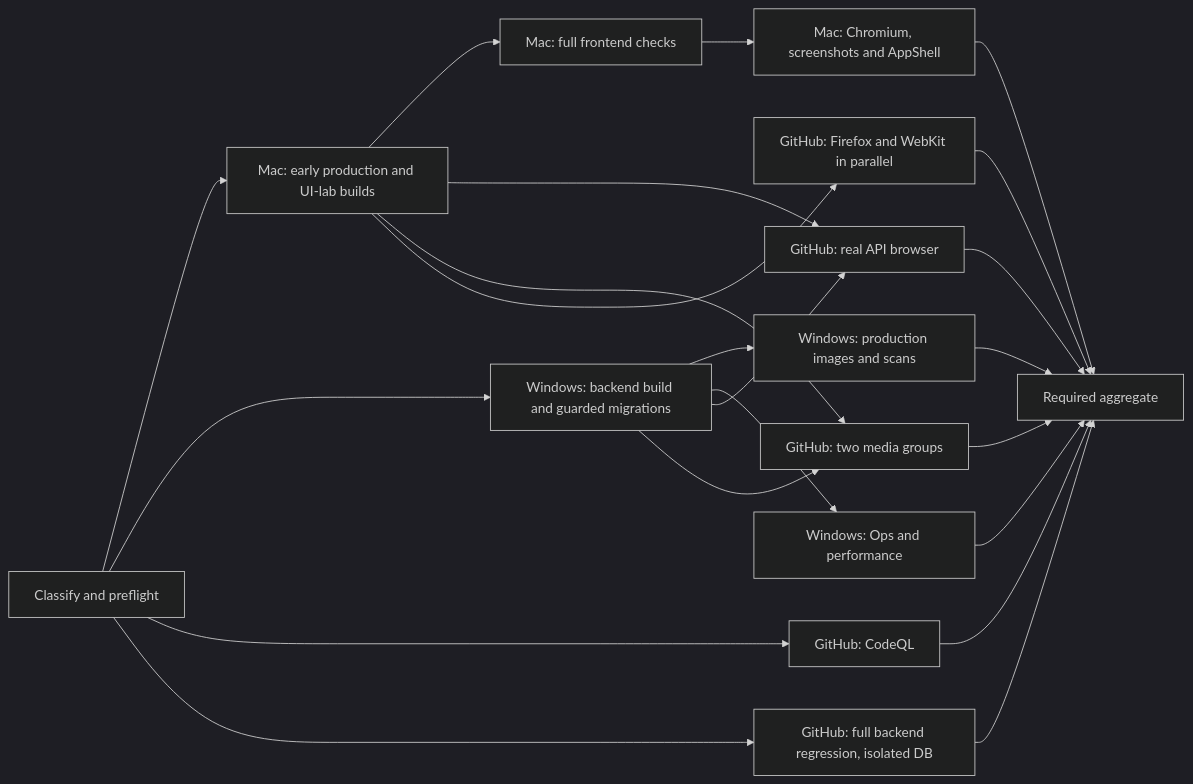
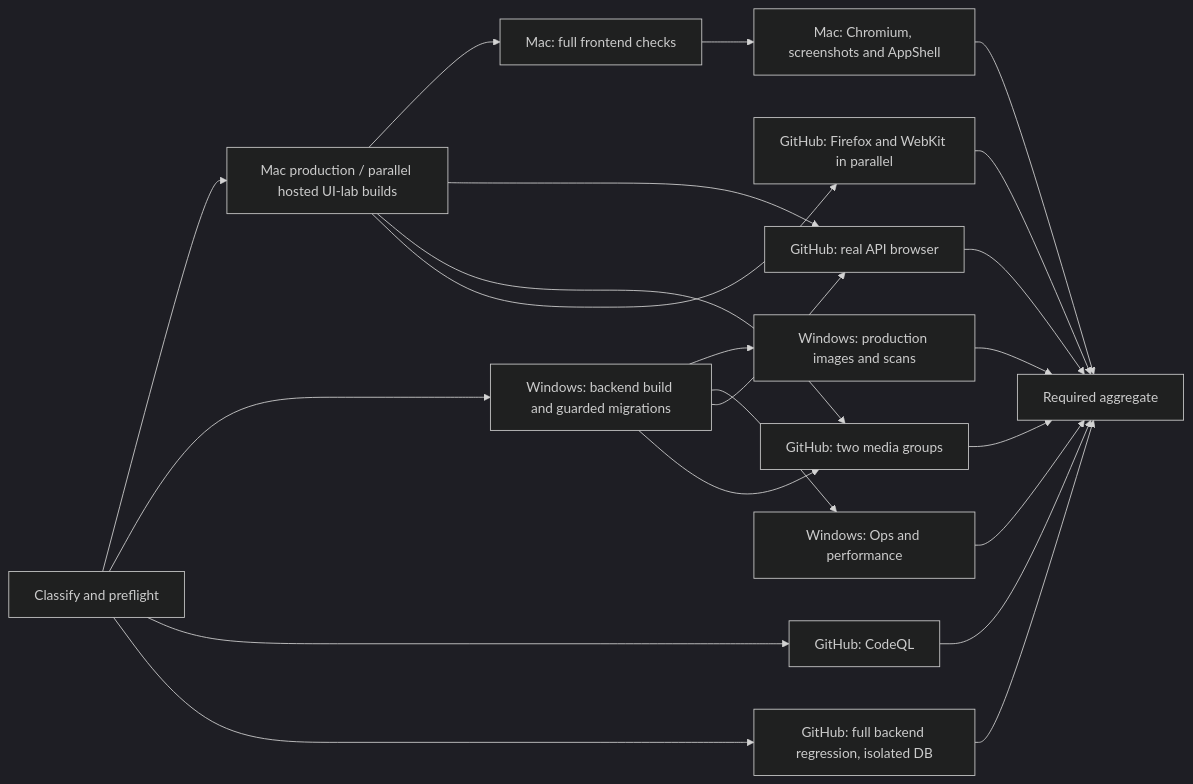
The diagram in docs/ci-runner-policy.md (caohuibj/eduK12-new-version), drawn with Mermaid (dark theme) before and after one commit. The commit also changed other lines of this file and 9 other files, not shown here.

````diff
--- a/docs/ci-runner-policy.md
+++ b/docs/ci-runner-policy.md
@@ -34,24 +34,24 @@
 ```mermaid
 flowchart LR
-  S[Classify and preflight] --> FB[Mac: early production and UI-lab builds]
+  S[Classify and preflight] --> FB[Mac production / parallel hosted UI-lab builds]
   FB --> FC[Mac: full frontend checks]
   FC --> UI[Mac: Chromium, screenshots and AppShell]
   S --> BB[Windows: backend build and guarded migrations]
   BB --> IM[Windows: production images and scans]
   BB --> OP[Windows: Ops and performance]
   S --> Q[GitHub: CodeQL]
   S --> R[GitHub: full backend regression, isolated DB]
   FB --> API[GitHub: real API browser]
   BB --> API
   FB --> ME[GitHub: two media groups]
   BB --> ME
   FB --> FF[GitHub: Firefox and WebKit in parallel]
   UI --> G[Required aggregate]
   IM --> G
   OP --> G
   Q --> G
   R --> G
   API --> G
   ME --> G
   FF --> G
 ```
````
